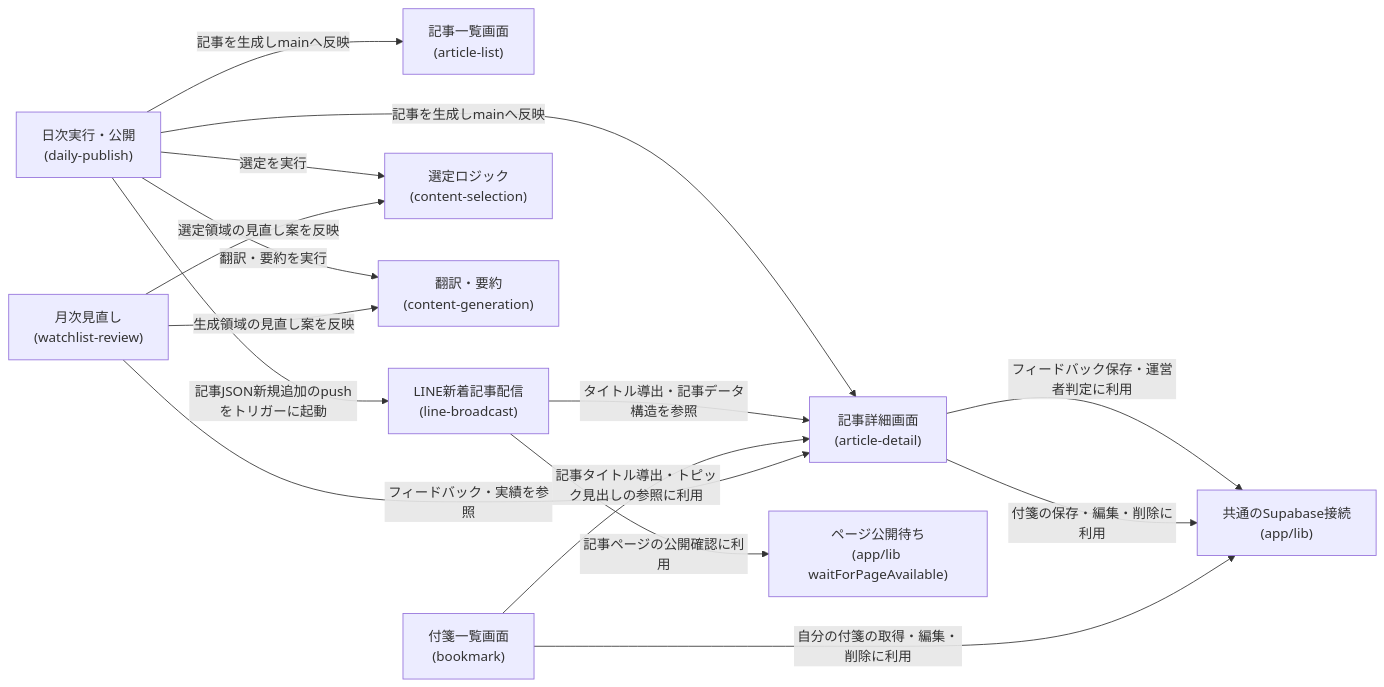
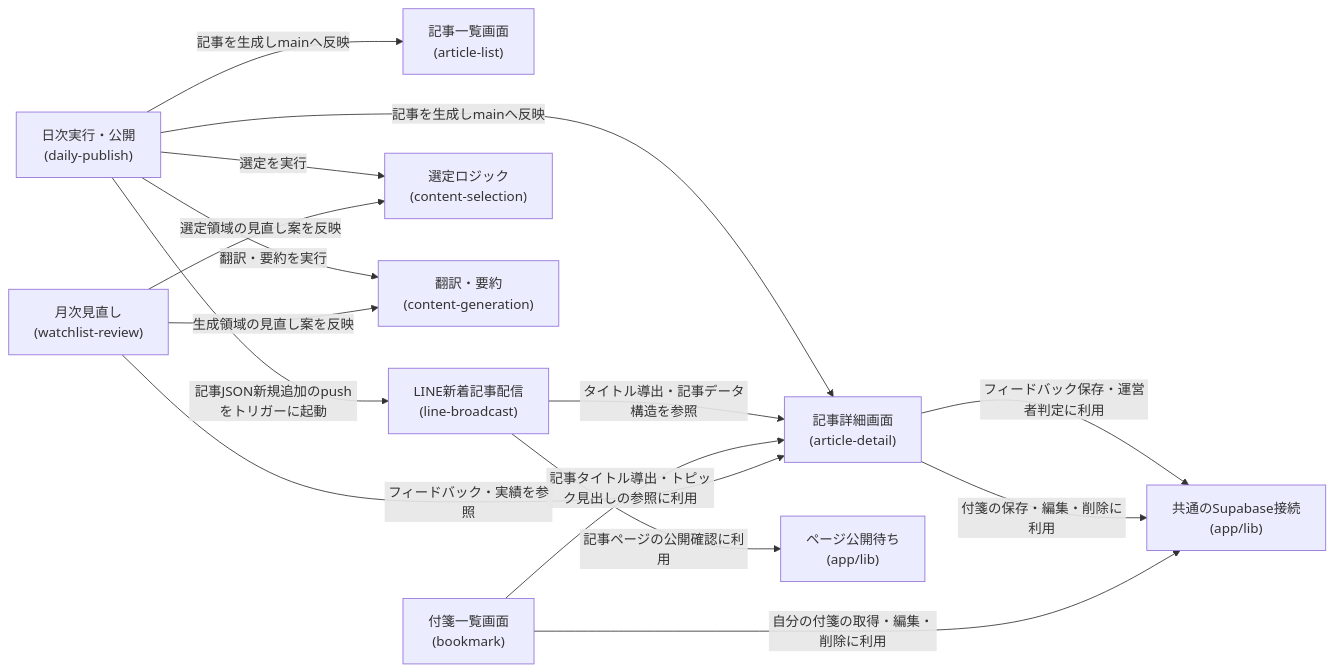
Before and after one commit to zakiyama0108/benriyatool: the fifth of 6 diagrams in specs/ai-dev-digest/architecture.md, drawn with Mermaid. The commit also changed other lines of this file and 8 other files, not shown here.

````diff
--- a/specs/ai-dev-digest/architecture.md
+++ b/specs/ai-dev-digest/architecture.md
@@ -130,28 +130,28 @@
 ```mermaid
 flowchart LR
     listScreen["記事一覧画面<br>(article-list)"]
     detailScreen["記事詳細画面<br>(article-detail)"]
     bookmarkScreen["付箋一覧画面<br>(bookmark)"]
     selection["選定ロジック<br>(content-selection)"]
     generation["翻訳・要約<br>(content-generation)"]
     publish["日次実行・公開<br>(daily-publish)"]
     broadcast["LINE新着記事配信<br>(line-broadcast)"]
     review["月次見直し<br>(watchlist-review)"]
     client["共通のSupabase接続<br>(app/lib)"]
-    pageWait["ページ公開待ち<br>(app/lib waitForPageAvailable)"]
+    pageWait["ページ公開待ち<br>(app/lib)"]
 
     publish -->|選定を実行| selection
     publish -->|翻訳・要約を実行| generation
     publish -->|記事を生成しmainへ反映| listScreen
     publish -->|記事を生成しmainへ反映| detailScreen
     publish -->|記事JSON新規追加のpushをトリガーに起動| broadcast
     broadcast -->|タイトル導出・記事データ構造を参照| detailScreen
     broadcast -->|記事ページの公開確認に利用| pageWait
     detailScreen -->|フィードバック保存・運営者判定に利用| client
     detailScreen -->|付箋の保存・編集・削除に利用| client
     bookmarkScreen -->|自分の付箋の取得・編集・削除に利用| client
     bookmarkScreen -->|記事タイトル導出・トピック見出しの参照に利用| detailScreen
     review -->|フィードバック・実績を参照| detailScreen
     review -->|選定領域の見直し案を反映| selection
     review -->|生成領域の見直し案を反映| generation
 ```
````
